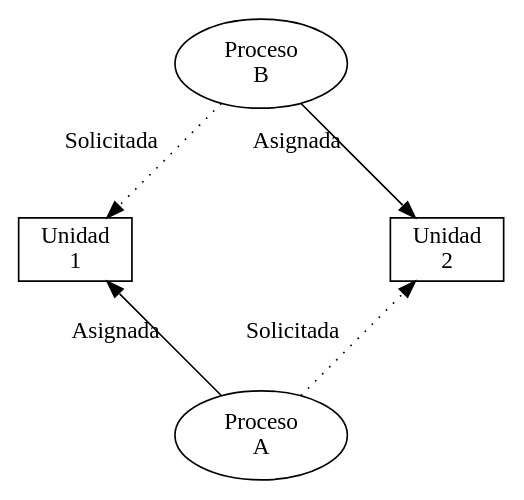
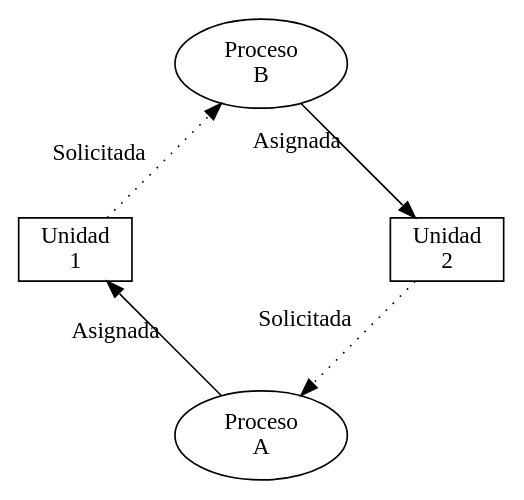
Before and after one commit to gwolf/sistop: the first of 2 diagrams in laminas/06-bloqueos-mutuos.org, drawn with Graphviz. The commit also changed 1 other file, not shown here.

Commit message:
Corrijo sentido de las flechas en el esquema clásico mínimo de bloqueos mutuos

```diff
--- a/laminas/06-bloqueos-mutuos.org
+++ b/laminas/06-bloqueos-mutuos.org
@@ -91,15 +91,15 @@
 #+begin_src dot :exports results :file ltxpng/bloqueo_mutuo_simple.png
 digraph G {
 	layout = circo;
 
 	A [label = "Proceso\nA"];
 	B [label = "Proceso\nB"];
 	1 [label = "Unidad\n1", shape = box];
 	2 [label = "Unidad\n2", shape = box];
 
 	A -> 1 [label = "Asignada"];
 	B -> 2 [label = "Asignada"];
-	A -> 2 [label = "Solicitada", style = dotted];
-	B -> 1 [label = "Solicitada", style = dotted];
+	2 -> A [label = "Solicitada", style = dotted];
+	1 -> B [label = "Solicitada", style = dotted];
 }
 #+end_src
```
